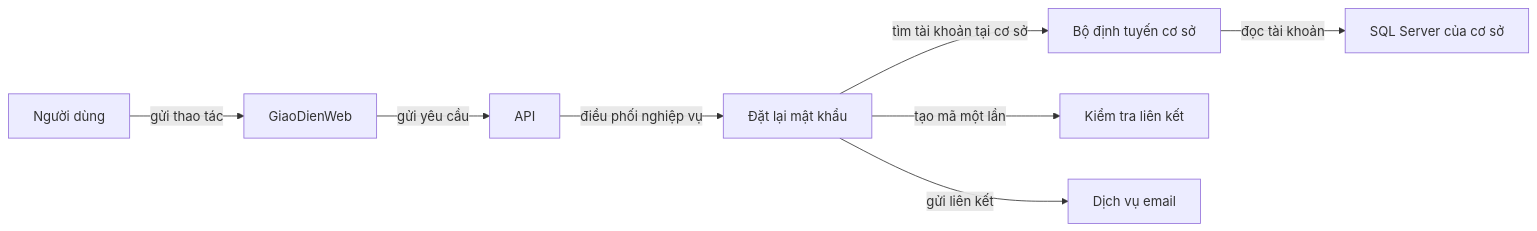
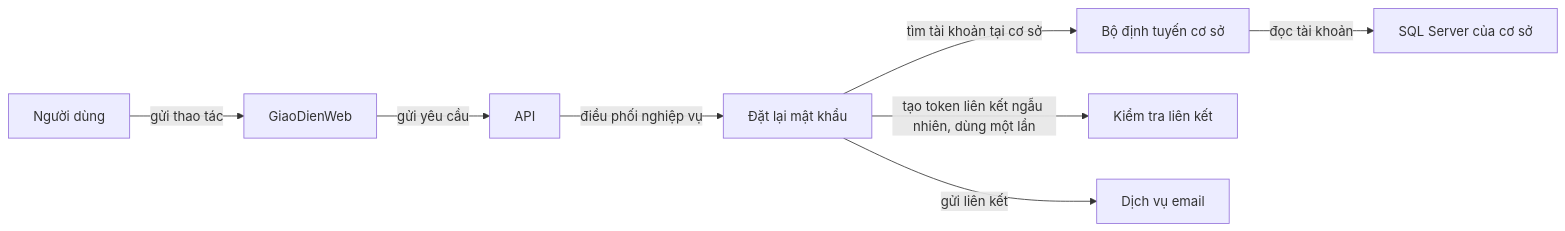
Before and after one commit to Quochieu2005/language-center-management: diagram 16 of 23 in README.md, drawn with Mermaid. The commit also changed other lines of this file and 12 other files, not shown here.

````diff
--- a/README.md
+++ b/README.md
@@ -455,10 +457,10 @@
 ```mermaid
 flowchart LR
     NguoiDung["Người dùng"] -->|gửi thao tác| GiaoDienWeb["GiaoDienWeb"]
     GiaoDienWeb["GiaoDienWeb"] -->|gửi yêu cầu| API["API"]
     API["API"] -->|điều phối nghiệp vụ| DatLaiMatKhau["Đặt lại mật khẩu"]
     DatLaiMatKhau["Đặt lại mật khẩu"] -->|tìm tài khoản tại cơ sở| SiteRouter["Bộ định tuyến cơ sở"]
     SiteRouter["Bộ định tuyến cơ sở"] -->|đọc tài khoản| SQLServer_CSDL_Site["SQL Server của cơ sở"]
-    DatLaiMatKhau["Đặt lại mật khẩu"] -->|tạo mã một lần| KiemTraLienKet["Kiểm tra liên kết"]
+    DatLaiMatKhau["Đặt lại mật khẩu"] -->|tạo token liên kết ngẫu nhiên, dùng một lần| KiemTraLienKet["Kiểm tra liên kết"]
     DatLaiMatKhau["Đặt lại mật khẩu"] -->|gửi liên kết| DichVuEmail["Dịch vụ email"]
 ```
````
